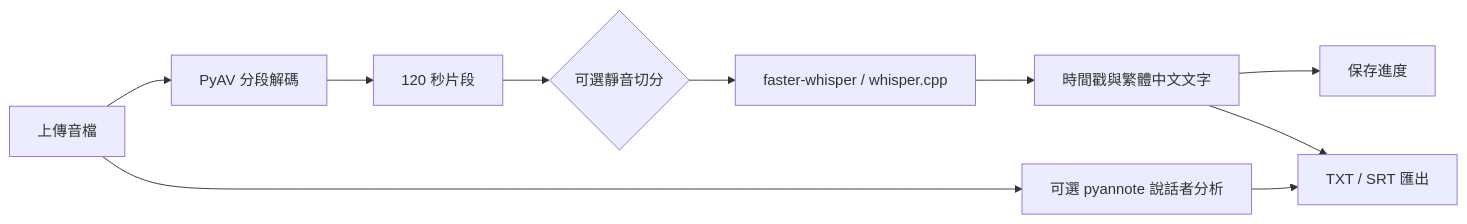
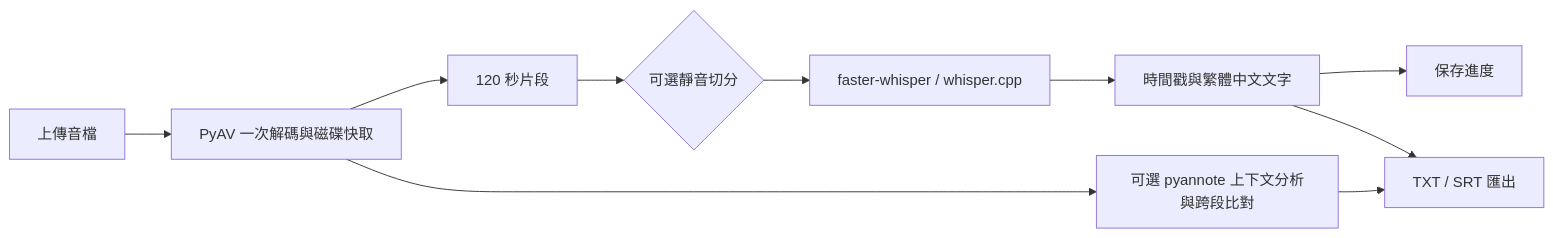
One commit to Lionpeng1225/mp3-transcriber changed the diagram in README.md. Above: the diagram before and after it, drawn with Mermaid. The commit also changed other lines of this file and 9 other files, not shown here.

````diff
--- a/README.md
+++ b/README.md
@@ -64,12 +64,12 @@
 ```mermaid
 flowchart LR
-    A[上傳音檔] --> B[PyAV 分段解碼]
+    A[上傳音檔] --> B[PyAV 一次解碼與磁碟快取]
     B --> C[120 秒片段]
     C --> D{可選靜音切分}
     D --> E[faster-whisper / whisper.cpp]
     E --> F[時間戳與繁體中文文字]
     F --> G[保存進度]
     F --> H[TXT / SRT 匯出]
-    A --> I[可選 pyannote 說話者分析]
+    B --> I[可選 pyannote 上下文分析與跨段比對]
     I --> H
 ```
````
